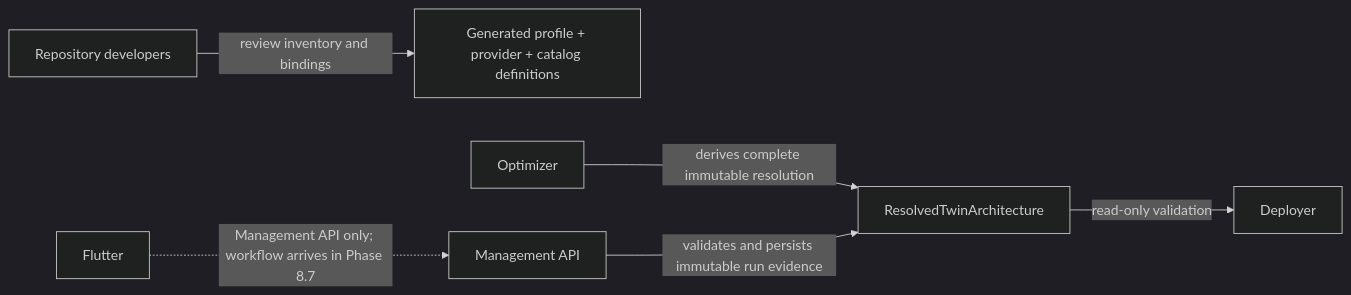
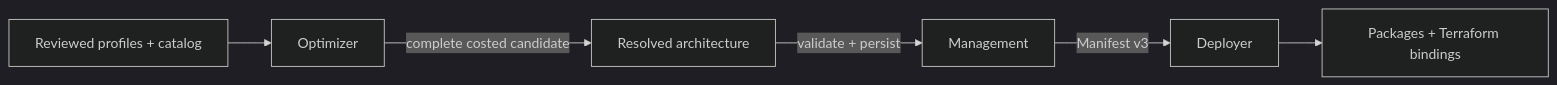
The diagram in docs-site/docs/contracts-and-data-flow/architecture-profiles.md (TVJunkie724/master-thesis), drawn with Mermaid (dark theme) before and after one commit. The commit also changed other lines of this file and 36 other files, not shown here.

````diff
--- a/docs-site/docs/contracts-and-data-flow/architecture-profiles.md
+++ b/docs-site/docs/contracts-and-data-flow/architecture-profiles.md
@@ -27,8 +38,8 @@
 ```mermaid
 flowchart LR
-    Developers["Repository developers"] -->|"review inventory and bindings"| Contracts["Generated profile + provider + catalog definitions"]
-    Optimizer["Optimizer"] -->|"derives complete immutable resolution"| Resolution["ResolvedTwinArchitecture"]
-    Management["Management API"] -->|"validates and persists immutable run evidence"| Resolution
-    Resolution -->|"read-only validation"| Deployer["Deployer"]
-    Flutter["Flutter"] -.->|"Management API only; workflow arrives in Phase 8.7"| Management
+    Definitions["Reviewed profiles + catalog"] --> Optimizer
+    Optimizer -->|"complete costed candidate"| Resolution["Resolved architecture"]
+    Resolution -->|"validate + persist"| Management
+    Management -->|"Manifest v3"| Deployer
+    Deployer --> Graph["Packages + Terraform bindings"]
 ```
````
